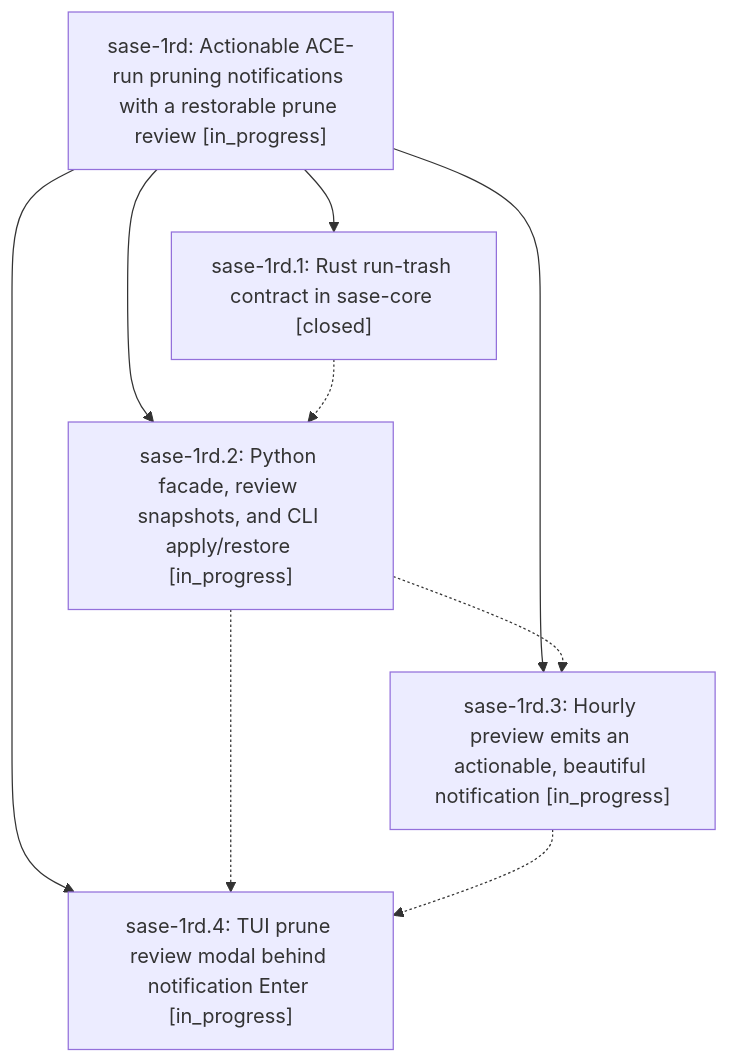
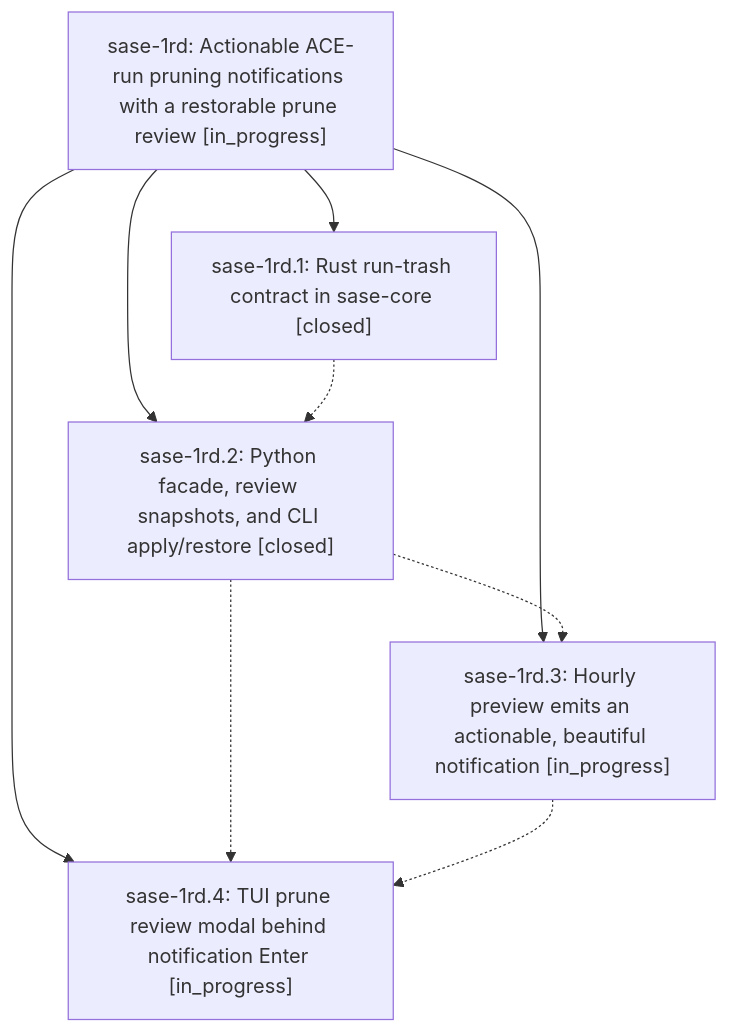
Before and after one commit to sase-org/sase--beads: the diagram in pages/sase-1rd/README.md, drawn with Mermaid. The commit also changed other lines of this file and 4 other files, not shown here.

````diff
--- a/pages/sase-1rd/README.md
+++ b/pages/sase-1rd/README.md
@@ -37,16 +39,16 @@
 ```mermaid
 flowchart TD
     n0["sase-1rd: Actionable ACE-run pruning notifications with a restorable prune review [in_progress]"]
     n1["sase-1rd.1: Rust run-trash contract in sase-core [closed]"]
-    n2["sase-1rd.2: Python facade, review snapshots, and CLI apply/restore [in_progress]"]
+    n2["sase-1rd.2: Python facade, review snapshots, and CLI apply/restore [closed]"]
     n3["sase-1rd.3: Hourly preview emits an actionable, beautiful notification [in_progress]"]
     n4["sase-1rd.4: TUI prune review modal behind notification Enter [in_progress]"]
     n0 --> n1
     n0 --> n2
     n0 --> n3
     n0 --> n4
     n1 -.-> n2
     n2 -.-> n3
     n2 -.-> n4
     n3 -.-> n4
 ```
````
